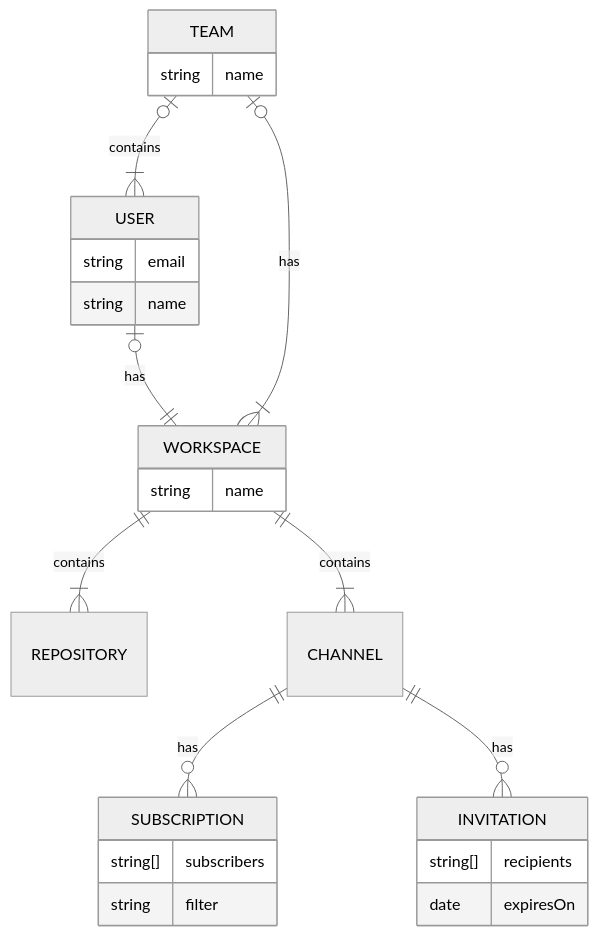
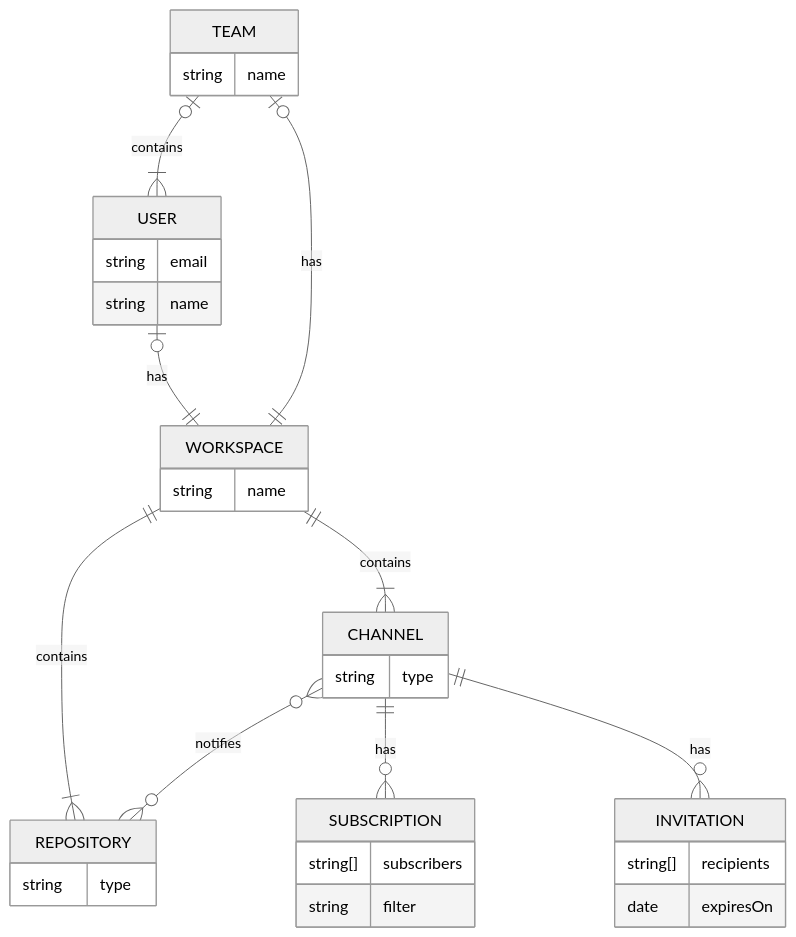
The diagram in docs/images/conceptual.mmd (coucouland/coucou-user-guide), drawn with Mermaid (neutral theme) before and after one commit. The commit also changed 5 other files, not shown here.

```diff
--- a/docs/images/conceptual.mmd
+++ b/docs/images/conceptual.mmd
@@ -1,29 +1,35 @@
 erDiagram
     WORKSPACE 1 to 1+ REPOSITORY: contains
     WORKSPACE 1 to 1+ CHANNEL: contains
     WORKSPACE {
         string name
     }
-    REPOSITORY
+    REPOSITORY {
+        string type
+    }
+    CHANNEL 0+ to 0+ REPOSITORY: notifies
     CHANNEL 1 to 0+ SUBSCRIPTION: has
     CHANNEL 1 to 0+ INVITATION: has
+    CHANNEL {
+        string type
+    }
     SUBSCRIPTION
     SUBSCRIPTION {
         string[] subscribers
         string filter
     }
     INVITATION
     INVITATION {
         string[] recipients
         date expiresOn
     }
     USER one or zero to 1 WORKSPACE: has
     USER {
         string email
         string name
     }
-    TEAM one or zero to 1+ WORKSPACE: has
+    TEAM one or zero to 1 WORKSPACE: has
     TEAM one or zero to 1+ USER: contains
     TEAM {
         string name
     }
```
